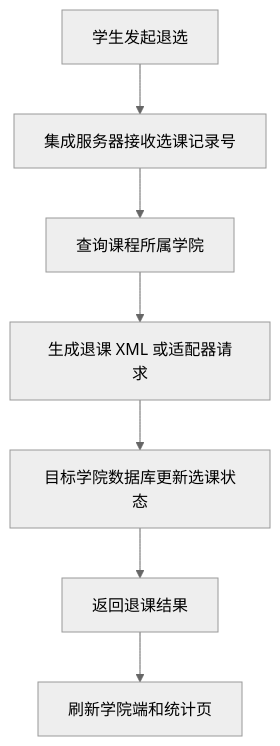
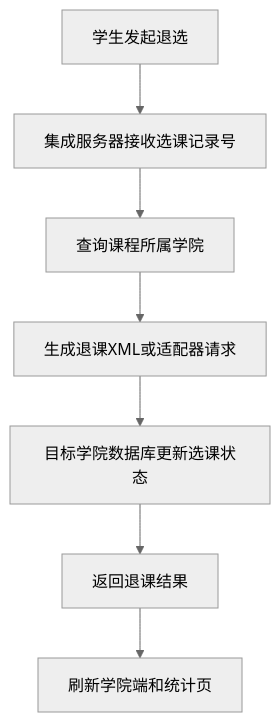
One commit to dong-frank/DataIntegration changed the fourth of 4 diagrams in docs/流程图草稿.md. Above: the diagram before and after it, drawn with Mermaid (neutral theme). The commit also changed other lines of this file, not shown here.

Commit message:
流程图草稿.md

````diff
--- a/docs/流程图草稿.md
+++ b/docs/流程图草稿.md
@@ -44,9 +63,9 @@
 ```mermaid
 flowchart TD
-  A["学生发起退选"] --> B["集成服务器接收选课记录号"]
-  B --> C["查询课程所属学院"]
-  C --> D["生成退课 XML 或适配器请求"]
-  D --> E["目标学院数据库更新选课状态"]
-  E --> F["返回退课结果"]
-  F --> G["刷新学院端和统计页"]
+    A["学生发起退选"] --> B["集成服务器接收选课记录号"]
+    B --> C["查询课程所属学院"]
+    C --> D["生成退课XML或适配器请求"]
+    D --> E["目标学院数据库更新选课状态"]
+    E --> F["返回退课结果"]
+    F --> G["刷新学院端和统计页"]
 ```
````
